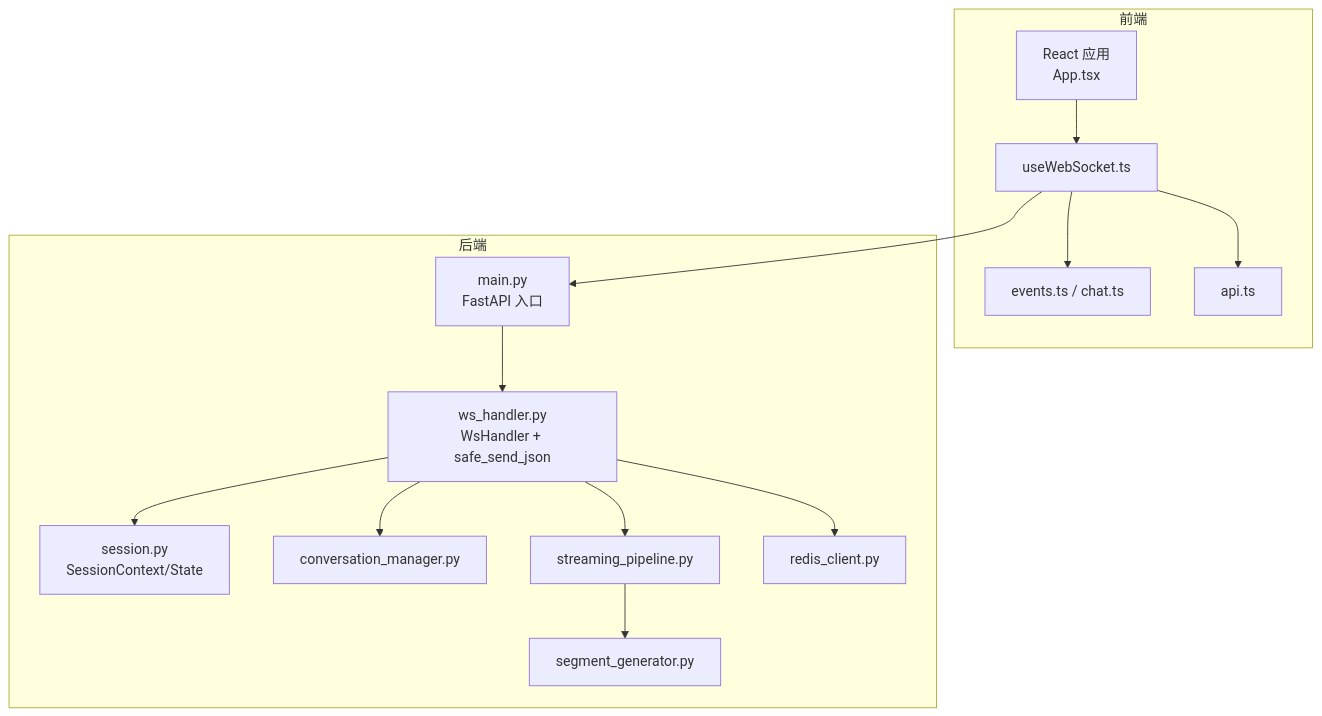
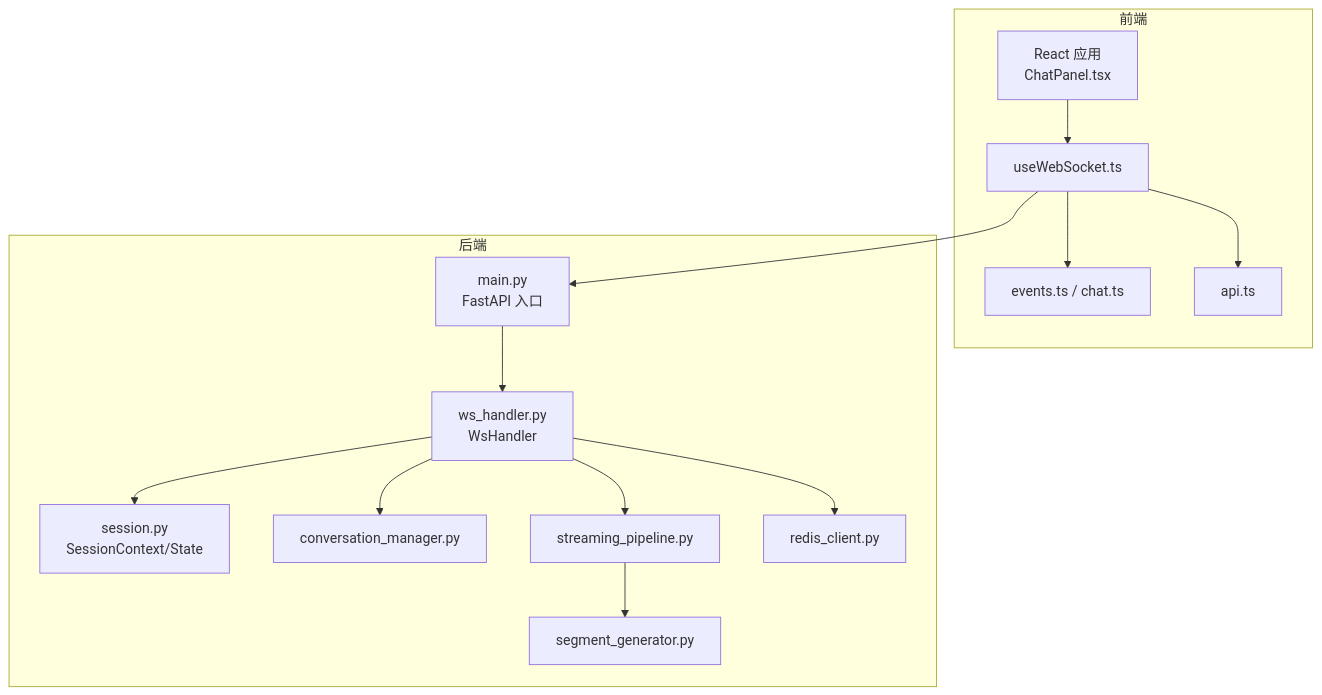
One commit to leo21cn/real-time-talk changed the first of 7 diagrams in .qoder/repowiki/zh/content/后端服务/WebSocket 通信协议.md. Above: the diagram before and after it, drawn with Mermaid. The commit also changed other lines of this file and 21 other files, not shown here.

````diff
--- a/.qoder/repowiki/zh/content/后端服务/WebSocket 通信协议.md
+++ b/.qoder/repowiki/zh/content/后端服务/WebSocket 通信协议.md
@@ -63,28 +51,28 @@
 ```mermaid
 graph TB
 subgraph "前端"
-UI["React 应用<br/>App.tsx"]
+UI["React 应用<br/>ChatPanel.tsx"]
 WSHook["useWebSocket.ts"]
 Types["events.ts / chat.ts"]
 API["api.ts"]
 end
 subgraph "后端"
 Main["main.py<br/>FastAPI 入口"]
-WSH["ws_handler.py<br/>WsHandler + safe_send_json"]
+WSH["ws_handler.py<br/>WsHandler"]
 Model["session.py<br/>SessionContext/State"]
 Conv["conversation_manager.py"]
 Pipe["streaming_pipeline.py"]
 Gen["segment_generator.py"]
 Redis["redis_client.py"]
 end
 UI --> WSHook
 WSHook --> Types
 WSHook --> API
 WSHook --> Main
 Main --> WSH
 WSH --> Model
 WSH --> Conv
 WSH --> Pipe
 Pipe --> Gen
 WSH --> Redis
 ```
````
